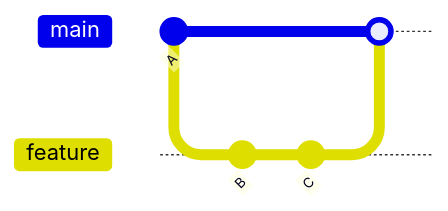
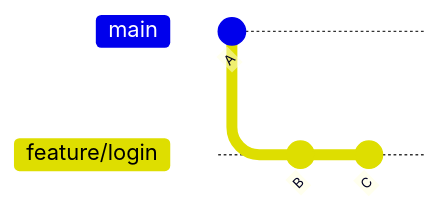
The second of 4 diagrams in docs/guide/branching.md (ykgw-daiki-nakamura/nakamura-git-tutorial), drawn with Mermaid before and after one commit. The commit also changed other lines of this file and 2 other files, not shown here.

First line of the commit message:
docs(guide): マージ概念の gitGraph 図解を強化（FF/3-way・マージ方式・rebase 整合） (#199)

````diff
--- a/docs/guide/branching.md
+++ b/docs/guide/branching.md
@@ -51,10 +53,8 @@
 ```mermaid
 gitGraph
     commit id: "A"
-    branch feature
-    checkout feature
+    branch feature/login
+    checkout feature/login
     commit id: "B"
     commit id: "C"
-    checkout main
-    merge feature
 ```
````
